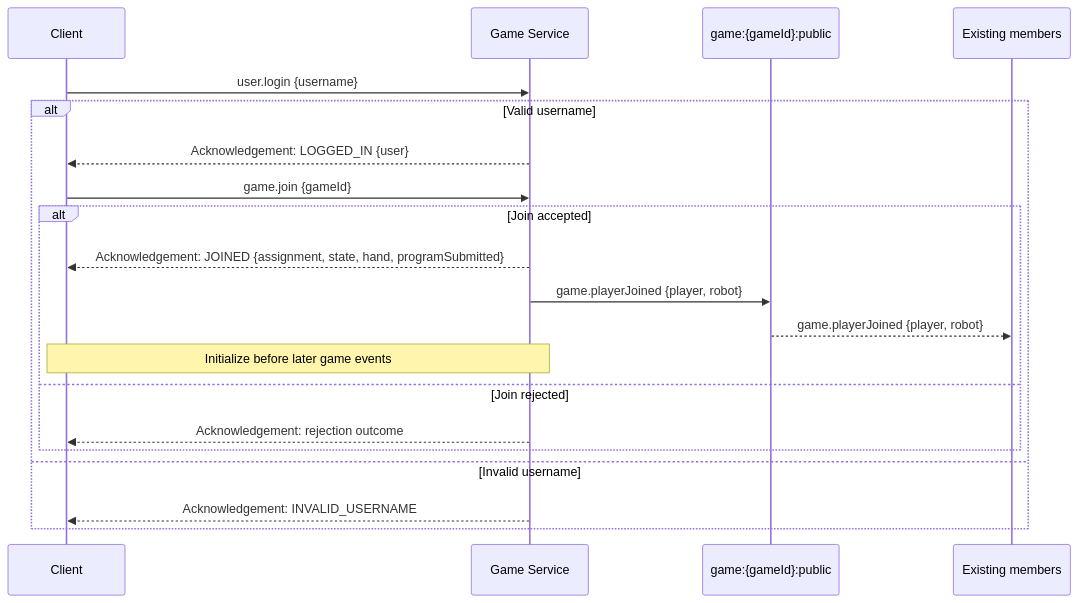
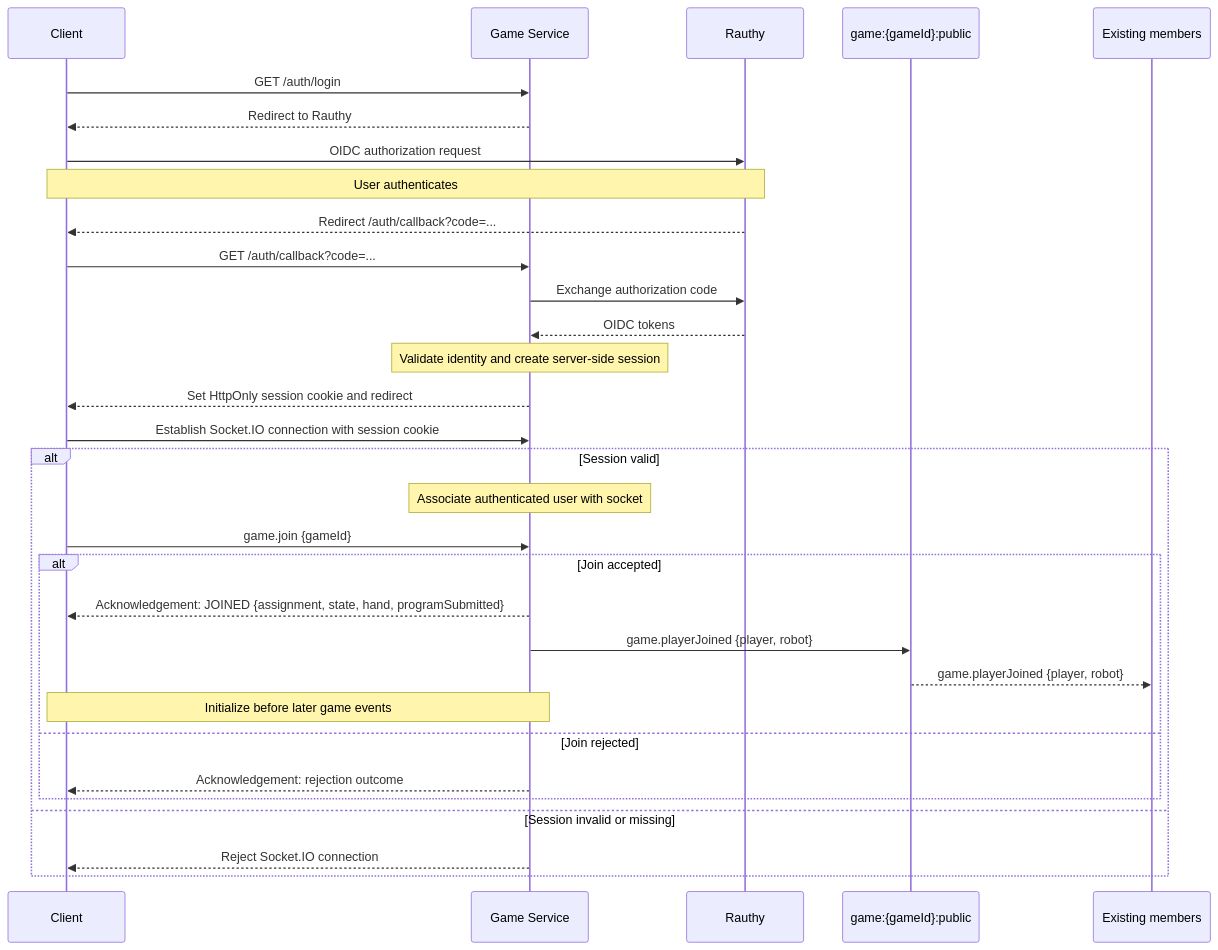
One commit to hananinas/RoboRally changed the first of 4 diagrams in docs/Communication.md. Above: the diagram before and after it, drawn with Mermaid. The commit also changed other lines of this file, not shown here.

Commit message:
docs: document authentication flow

````diff
--- a/docs/Communication.md
+++ b/docs/Communication.md
@@ -59,23 +53,35 @@
 ```mermaid
 sequenceDiagram
     participant Client
     participant Server as Game Service
+    participant Rauthy
     participant Public as game:{gameId}:public
     participant Others as Existing members
 
-    Client->>Server: user.login {username}
-    alt Valid username
-        Server-->>Client: Acknowledgement: LOGGED_IN {user}
+    Client->>Server: GET /auth/login
+    Server-->>Client: Redirect to Rauthy
+    Client->>Rauthy: OIDC authorization request
+    Note over Client,Rauthy: User authenticates
+    Rauthy-->>Client: Redirect /auth/callback?code=...
+    Client->>Server: GET /auth/callback?code=...
+    Server->>Rauthy: Exchange authorization code
+    Rauthy-->>Server: OIDC tokens
+    Note over Server: Validate identity and create server-side session
+    Server-->>Client: Set HttpOnly session cookie and redirect
+
+    Client->>Server: Establish Socket.IO connection with session cookie
+    alt Session valid
+        Note over Server: Associate authenticated user with socket
         Client->>Server: game.join {gameId}
         alt Join accepted
             Server-->>Client: Acknowledgement: JOINED {assignment, state, hand, programSubmitted}
             Server->>Public: game.playerJoined {player, robot}
             Public-->>Others: game.playerJoined {player, robot}
             Note over Client,Server: Initialize before later game events
         else Join rejected
             Server-->>Client: Acknowledgement: rejection outcome
         end
-    else Invalid username
-        Server-->>Client: Acknowledgement: INVALID_USERNAME
+    else Session invalid or missing
+        Server-->>Client: Reject Socket.IO connection
     end
 ```
````
